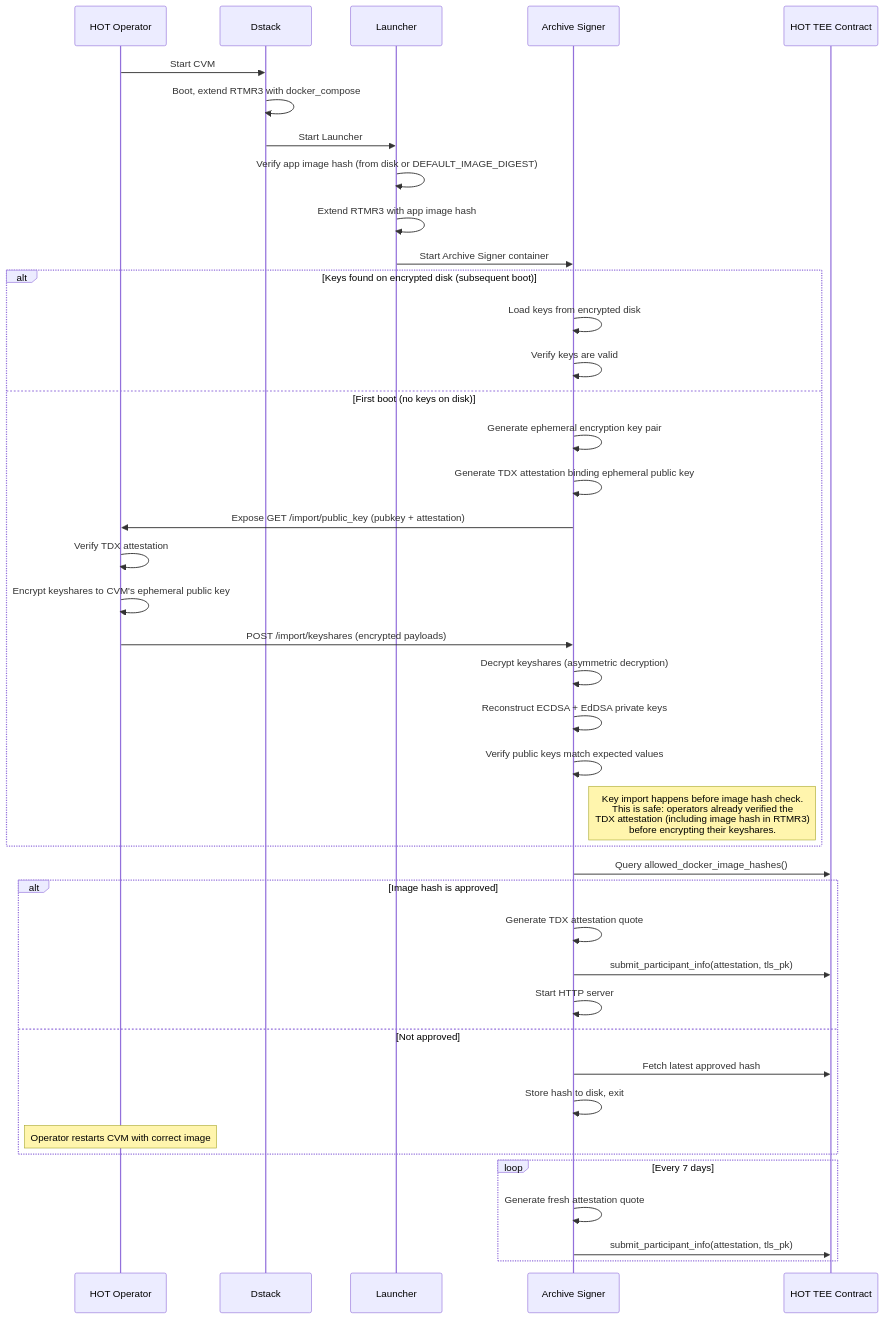
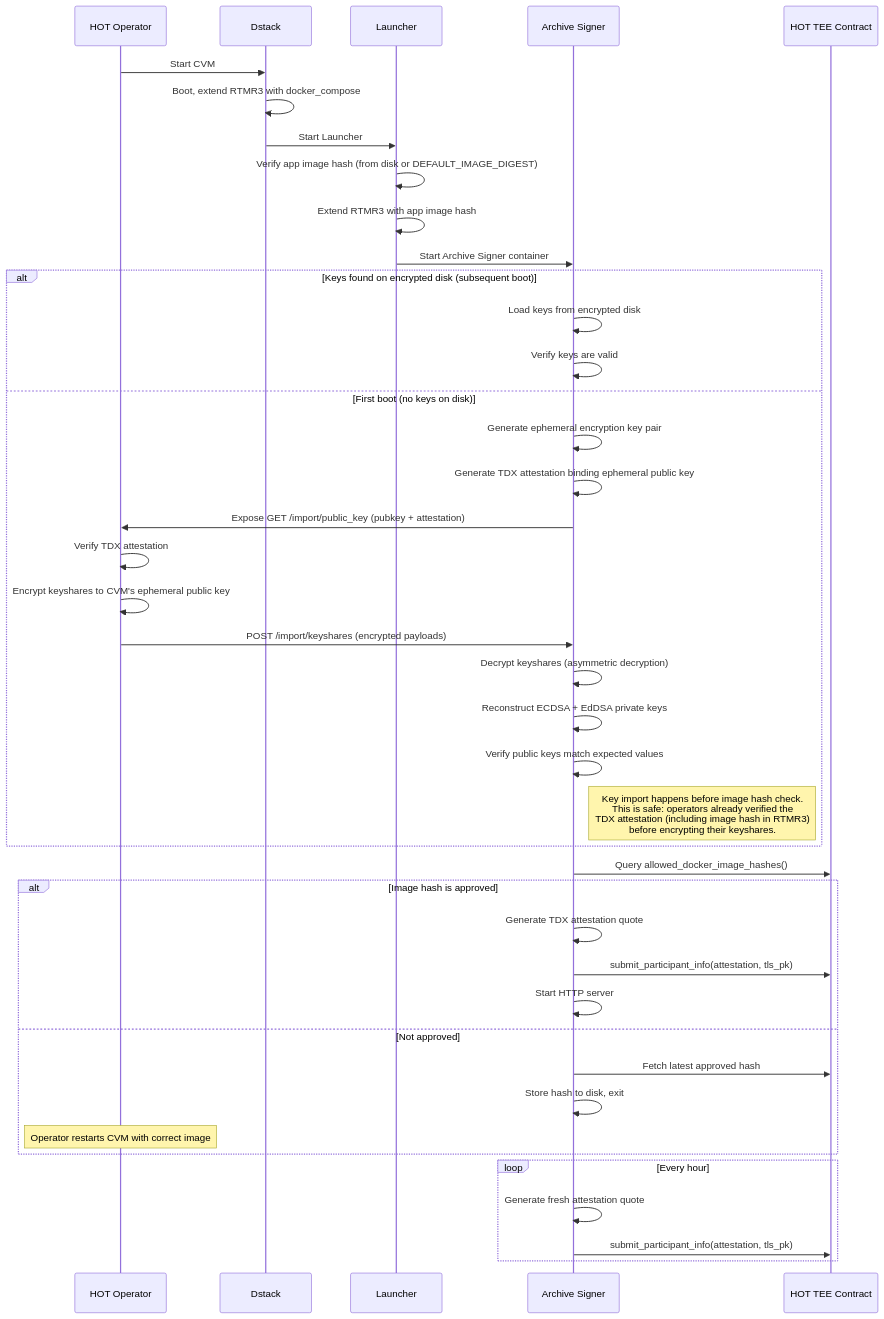
One commit to near/mpc changed the third of 3 diagrams in docs/hot-tee-signing-design.md. Above: the diagram before and after it, drawn with Mermaid. The commit also changed 5 other files, not shown here.

````diff
--- a/docs/hot-tee-signing-design.md
+++ b/docs/hot-tee-signing-design.md
@@ -425,49 +425,49 @@
 ```mermaid
 sequenceDiagram
     participant OP as HOT Operator
     participant DS as Dstack
     participant LA as Launcher
     participant APP as Archive Signer
     participant HC as HOT TEE Contract
 
     OP ->> DS: Start CVM
     DS ->> DS: Boot, extend RTMR3 with docker_compose
     DS ->> LA: Start Launcher
     LA ->> LA: Verify app image hash (from disk or DEFAULT_IMAGE_DIGEST)
     LA ->> LA: Extend RTMR3 with app image hash
     LA ->> APP: Start Archive Signer container
 
     alt Keys found on encrypted disk (subsequent boot)
         APP ->> APP: Load keys from encrypted disk
         APP ->> APP: Verify keys are valid
     else First boot (no keys on disk)
         APP ->> APP: Generate ephemeral encryption key pair
         APP ->> APP: Generate TDX attestation binding ephemeral public key
         APP ->> OP: Expose GET /import/public_key (pubkey + attestation)
 
         OP ->> OP: Verify TDX attestation
         OP ->> OP: Encrypt keyshares to CVM's ephemeral public key
         OP ->> APP: POST /import/keyshares (encrypted payloads)
 
         APP ->> APP: Decrypt keyshares (asymmetric decryption)
         APP ->> APP: Reconstruct ECDSA + EdDSA private keys
         APP ->> APP: Verify public keys match expected values
         Note right of APP: Key import happens before image hash check.<br/>This is safe: operators already verified the<br/>TDX attestation (including image hash in RTMR3)<br/>before encrypting their keyshares.
     end
 
     APP ->> HC: Query allowed_docker_image_hashes()
     alt Image hash is approved
         APP ->> APP: Generate TDX attestation quote
         APP ->> HC: submit_participant_info(attestation, tls_pk)
         APP ->> APP: Start HTTP server
     else Not approved
         APP ->> HC: Fetch latest approved hash
         APP ->> APP: Store hash to disk, exit
         Note over OP: Operator restarts CVM with correct image
     end
 
-    loop Every 7 days
+    loop Every hour
         APP ->> APP: Generate fresh attestation quote
         APP ->> HC: submit_participant_info(attestation, tls_pk)
     end
 ```
````
